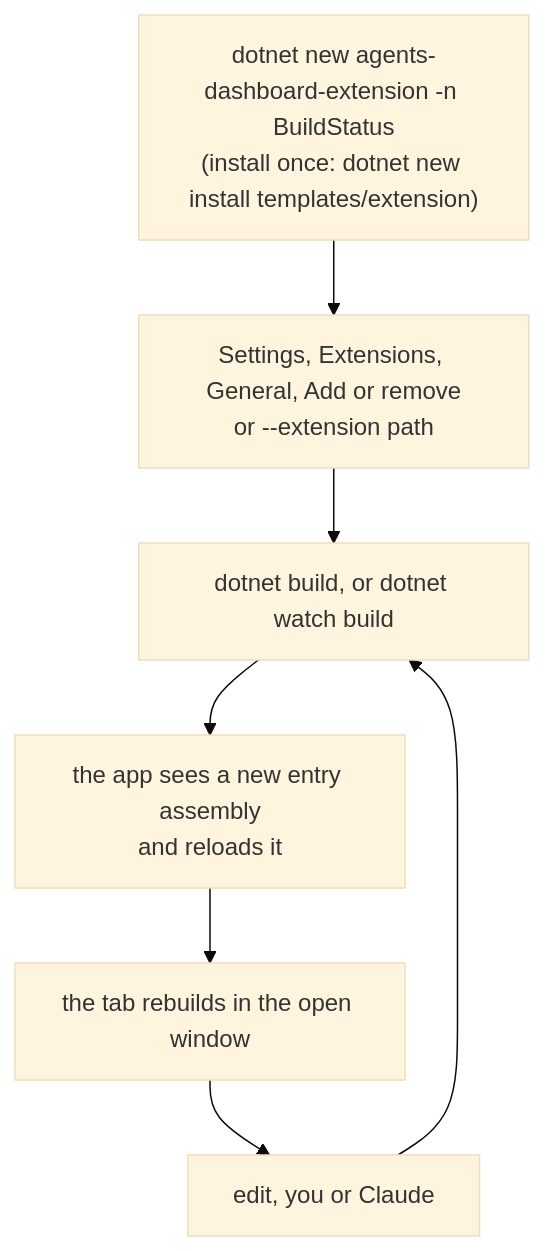
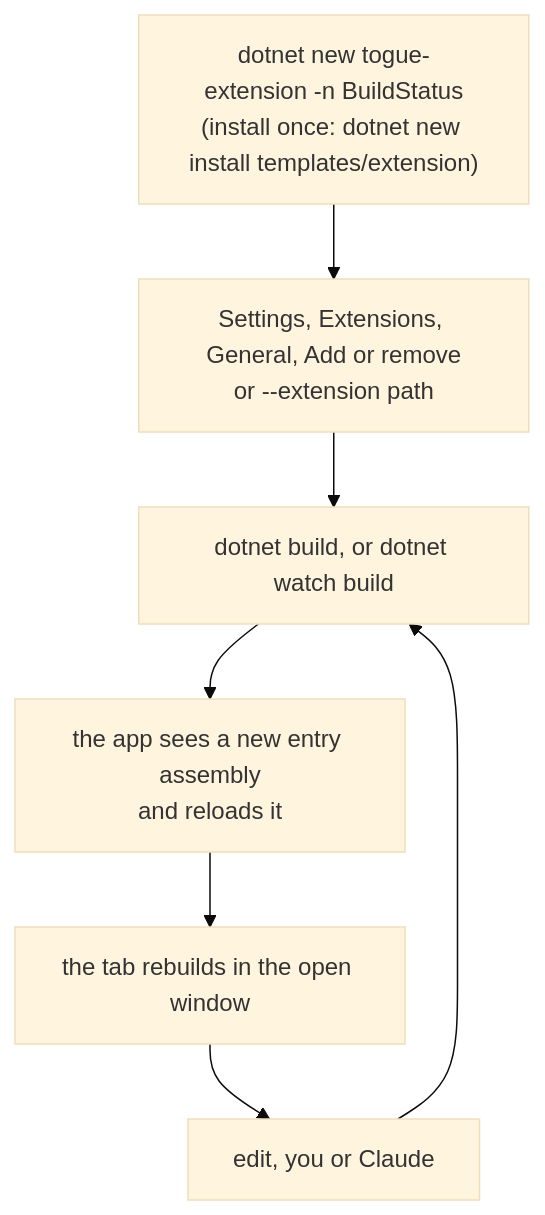
Before and after one commit to BradenTerry/Tog: the first of 10 diagrams in docs/extensions.md, drawn with Mermaid (base theme). The commit also changed other lines of this file and 483 other files, not shown here.

First line of the commit message:
Rename the app from Agents Dashboard to Togue

````diff
--- a/docs/extensions.md
+++ b/docs/extensions.md
@@ -16,9 +16,9 @@
 ```mermaid
 flowchart TD
-    A["dotnet new agents-dashboard-extension -n BuildStatus<br/>(install once: dotnet new install templates/extension)"] --> B["Settings, Extensions, General, Add or remove<br/>or --extension path"]
+    A["dotnet new togue-extension -n BuildStatus<br/>(install once: dotnet new install templates/extension)"] --> B["Settings, Extensions, General, Add or remove<br/>or --extension path"]
     B --> C["dotnet build, or dotnet watch build"]
     C --> D["the app sees a new entry assembly<br/>and reloads it"]
     D --> E["the tab rebuilds in the open window"]
     E --> F["edit, you or Claude"]
     F --> C
 ```
````
